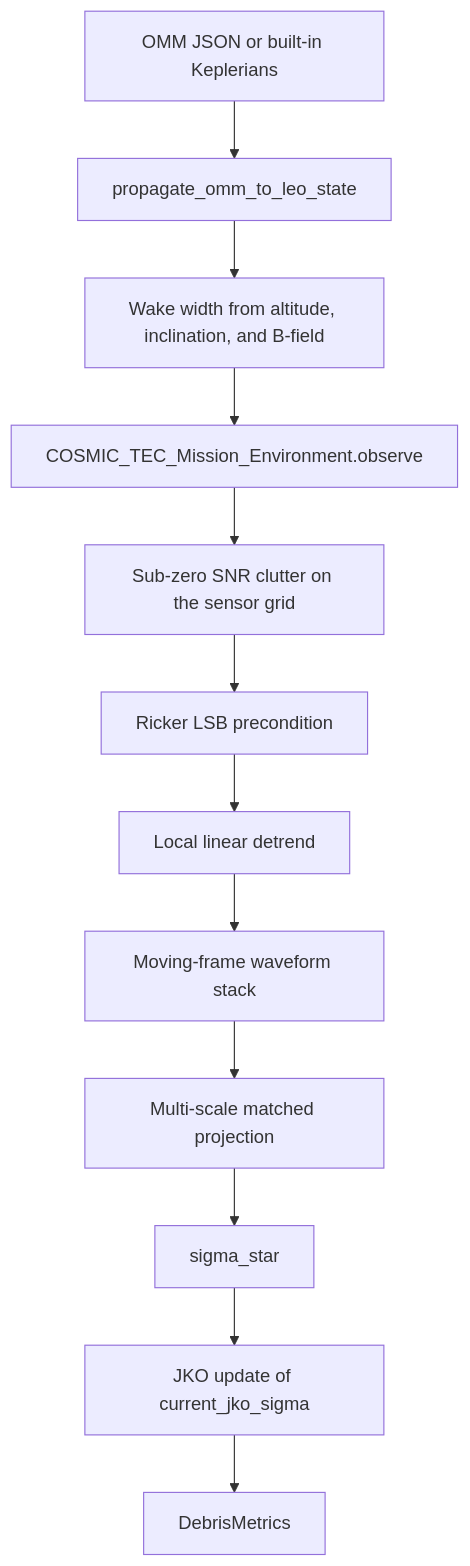
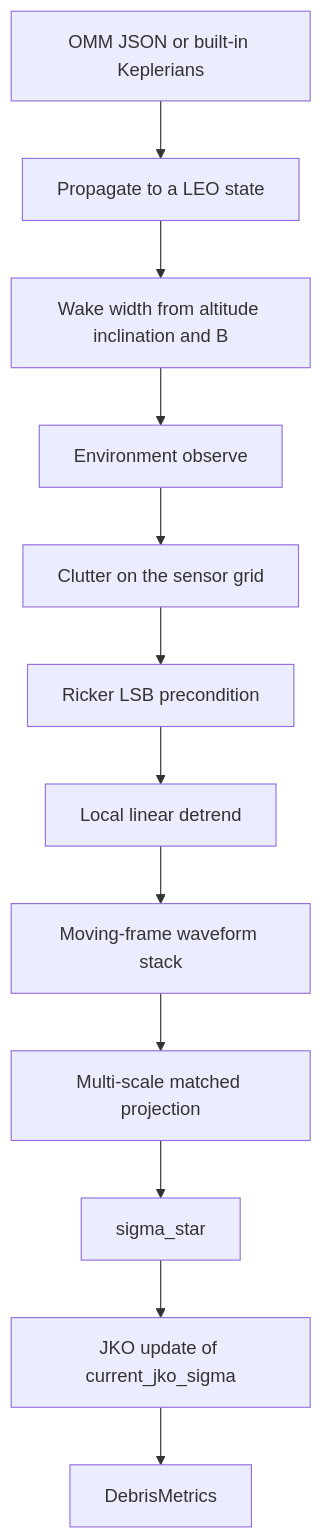
The diagram in diagrams/data-flow.mmd (code4johnm/sinatra_audit), drawn with Mermaid before and after one commit. The commit also changed 10 other files, not shown here.

First line of the commit message:
Correct proof claims and fix Mermaid diagrams.

```diff
--- a/diagrams/data-flow.mmd
+++ b/diagrams/data-flow.mmd
@@ -1,25 +1,25 @@
-flowchart TD
-  omm["OMM JSON or built-in Keplerians"]
-  leo["propagate_omm_to_leo_state"]
-  wake["Wake width from altitude, inclination, and B-field"]
-  obs["COSMIC_TEC_Mission_Environment.observe"]
-  snr["Sub-zero SNR clutter on the sensor grid"]
+graph TD
+  omm[OMM JSON or built-in Keplerians]
+  leo[Propagate to a LEO state]
+  wake[Wake width from altitude inclination and B]
+  obs[Environment observe]
+  snr[Clutter on the sensor grid]
   ricker["Ricker LSB precondition"]
   trend["Local linear detrend"]
   stack["Moving-frame waveform stack"]
   match["Multi-scale matched projection"]
   sigma["sigma_star"]
   jko["JKO update of current_jko_sigma"]
   metrics["DebrisMetrics"]
 
   omm --> leo
   leo --> wake
   wake --> obs
   obs --> snr
   snr --> ricker
   ricker --> trend
   trend --> stack
   stack --> match
   match --> sigma
   sigma --> jko
   jko --> metrics
```
